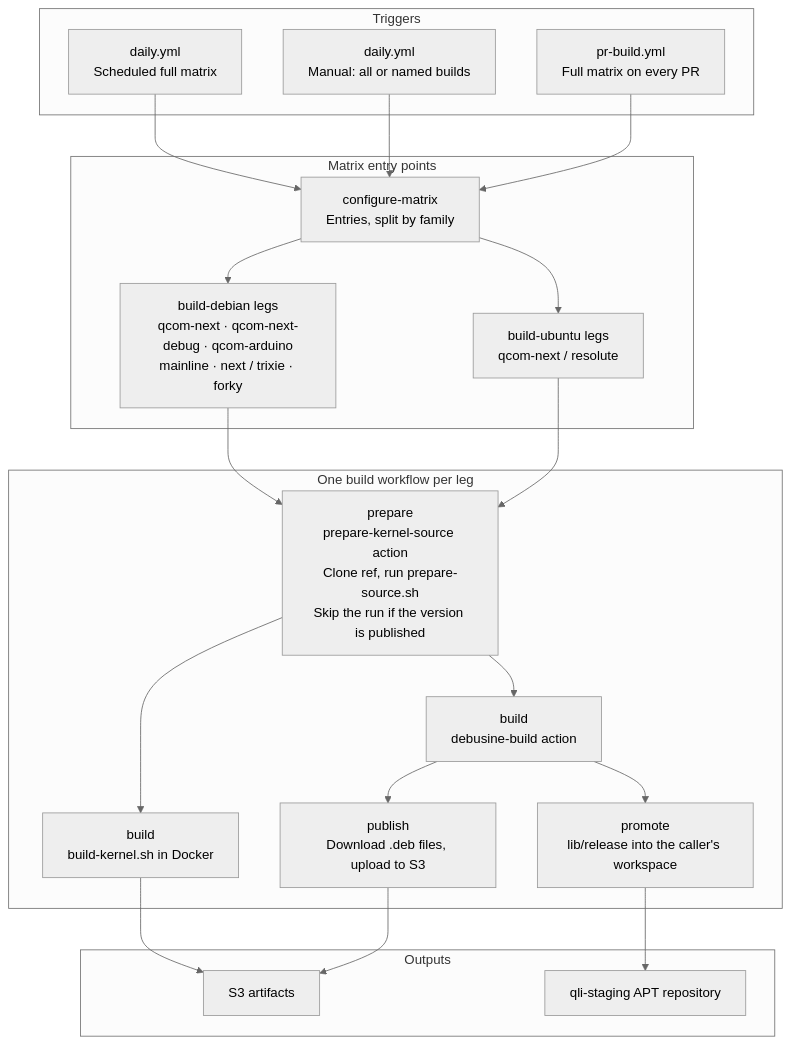
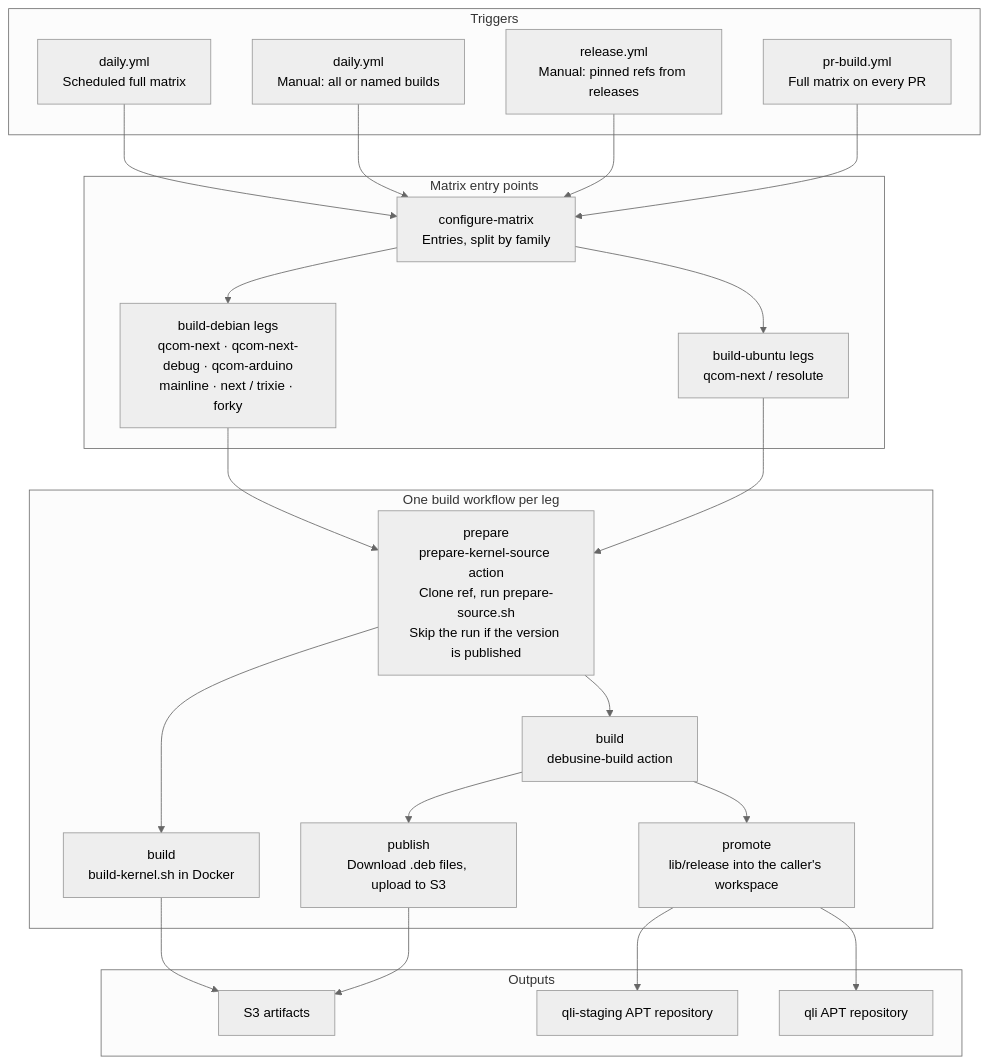
Before and after one commit to qualcomm-linux/pkg-linux-qcom: the second of 5 diagrams in README.md, drawn with Mermaid (neutral theme). The commit also changed other lines of this file and 4 other files, not shown here.

````diff
--- a/README.md
+++ b/README.md
@@ -319,39 +364,42 @@
 ```mermaid
 flowchart TD
     subgraph triggers[Triggers]
         A1["daily.yml\nScheduled full matrix"]
         A2["daily.yml\nManual: all or named builds"]
+        A3["release.yml\nManual: pinned refs from releases"]
         A5["pr-build.yml\nFull matrix on every PR"]
     end
 
     subgraph matrix[Matrix entry points]
         B1["configure-matrix\nEntries, split by family"]
         B2["build-debian legs\nqcom-next · qcom-next-debug · qcom-arduino\nmainline · next / trixie · forky"]
         B5["build-ubuntu legs\nqcom-next / resolute"]
     end
 
     subgraph build[One build workflow per leg]
         C2["prepare\nprepare-kernel-source action\nClone ref, run prepare-source.sh\nSkip the run if the version is published"]
         C3["build\ndebusine-build action"]
         C4["build\nbuild-kernel.sh in Docker"]
         C5["publish\nDownload .deb files, upload to S3"]
         C6["promote\nlib/release into the caller's workspace"]
     end
 
     subgraph outputs[Outputs]
         D1["S3 artifacts"]
         D3["qli-staging APT repository"]
+        D4["qli APT repository"]
     end
 
     A1 --> B1
     A2 --> B1
+    A3 --> B1
     A5 --> B1
     B1 --> B2 & B5
     B2 --> C2
     B5 --> C2
     C2 --> C3 & C4
     C3 --> C5 & C6
     C4 --> D1
     C5 --> D1
-    C6 --> D3
+    C6 --> D3 & D4
 ```
````
